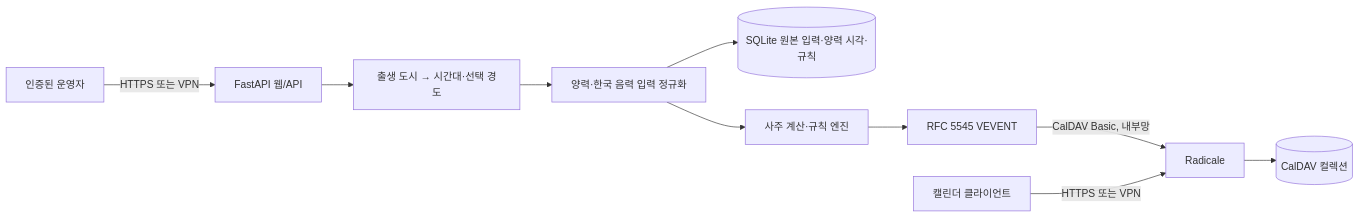
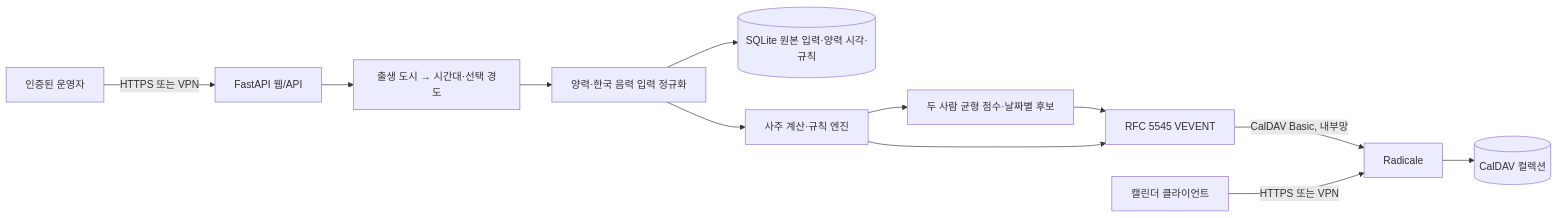
Before and after one commit to ContextualWisdomLab/saju-caldav: the diagram in docs/ARCHITECTURE.md, drawn with Mermaid. The commit also changed other lines of this file and 14 other files, not shown here.

````diff
--- a/docs/ARCHITECTURE.md
+++ b/docs/ARCHITECTURE.md
@@ -3,12 +3,14 @@
 ```mermaid
 flowchart LR
     O[인증된 운영자] -->|HTTPS 또는 VPN| W[FastAPI 웹/API]
     W --> L[출생 도시 → 시간대·선택 경도]
     L --> N[양력·한국 음력 입력 정규화]
     N --> S[(SQLite 원본 입력·양력 시각·규칙)]
     N --> E[사주 계산·규칙 엔진]
+    E --> P[두 사람 균형 점수·날짜별 후보]
+    P --> I
     E --> I[RFC 5545 VEVENT]
     I -->|CalDAV Basic, 내부망| R[Radicale]
     R --> C[(CalDAV 컬렉션)]
     D[캘린더 클라이언트] -->|HTTPS 또는 VPN| R
 ```
````
